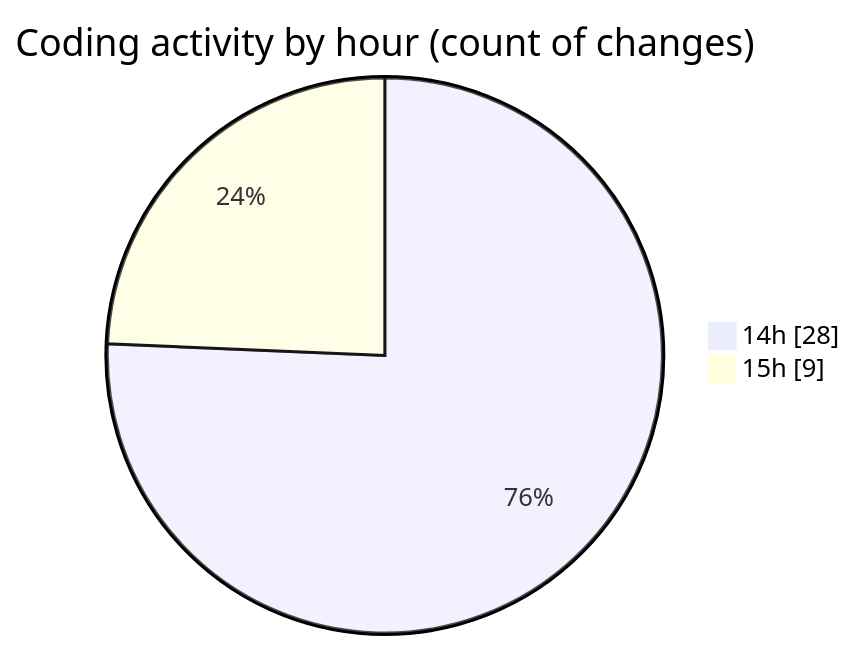
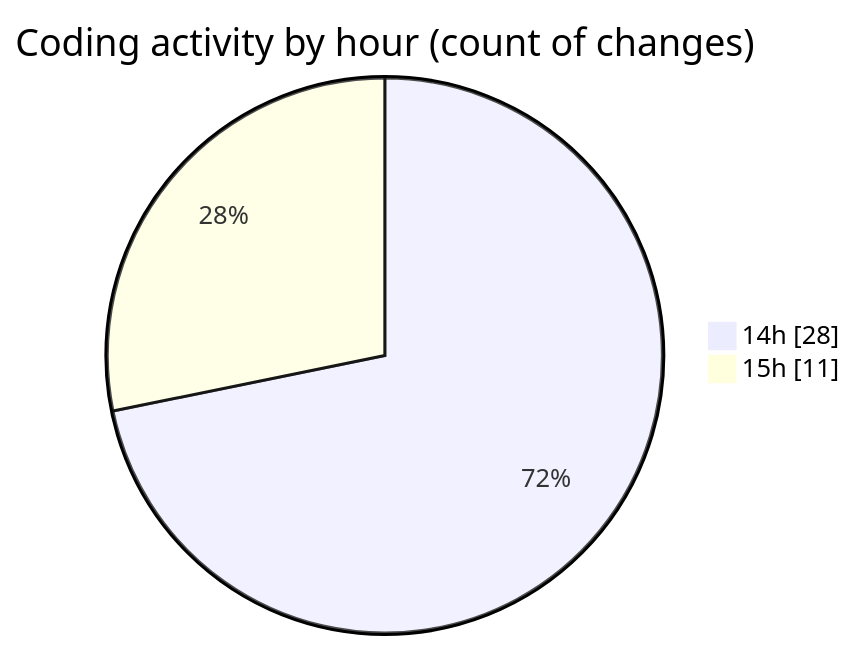
The second of 2 diagrams in 2025-03-01/termonied_testador/README.md (robertbonfada/code-tracking), drawn with Mermaid before and after one commit. The commit also changed other lines of this file and 1 other file, not shown here.

````diff
--- a/2025-03-01/termonied_testador/README.md
+++ b/2025-03-01/termonied_testador/README.md
@@ -37,6 +37,6 @@
 ```mermaid
 pie showData
 title Coding activity by hour (count of changes)
 "14h" : 28
-"15h" : 9
+"15h" : 11
 ```
````
